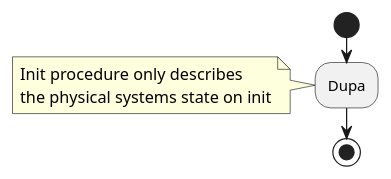
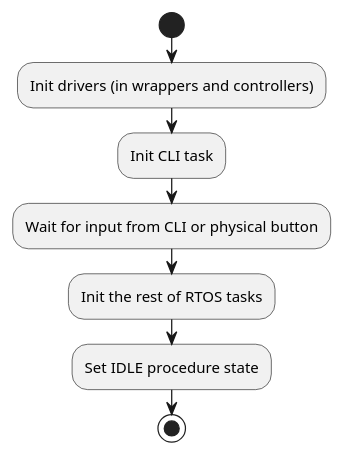
The diagram in docs/Init_procedure.puml (PWrInSpace/MACKI_mainboard), drawn with PlantUML before and after one commit. The commit also changed 3 other files, not shown here.

```diff
--- a/docs/Init_procedure.puml
+++ b/docs/Init_procedure.puml
@@ -1,16 +1,13 @@
 @startuml Init_procedure
 
 start
-
-:Dupa;
-
-note left
-    Init procedure only describes
-    the physical systems state on init
-end note
-
+:Init drivers (in wrappers and controllers);
+:Init CLI task;
+:Wait for input from CLI or physical button;
+:Init the rest of RTOS tasks;
+:Set IDLE procedure state;
 stop
 
 
 
 @enduml
```
